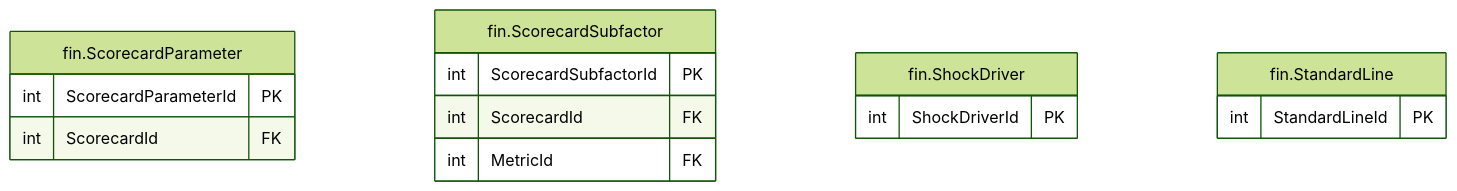
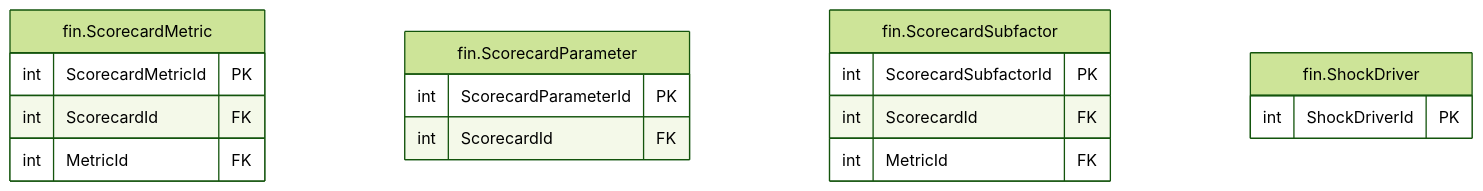
The diagram in treasury-platform/docs/diagrams/erd/m5_financials_11.mmd (thawrasy/smartlines), drawn with Mermaid (forest theme) before and after one commit. The commit also changed 194 other files, not shown here.

```diff
--- a/treasury-platform/docs/diagrams/erd/m5_financials_11.mmd
+++ b/treasury-platform/docs/diagrams/erd/m5_financials_11.mmd
@@ -1,17 +1,19 @@
 %% م5 · البيانات المالية والأرصدة (11/13) — Financial statements & balances
 erDiagram
+  fin_ScorecardMetric["fin.ScorecardMetric"] {
+    int ScorecardMetricId PK
+    int ScorecardId FK
+    int MetricId FK
+  }
   fin_ScorecardParameter["fin.ScorecardParameter"] {
     int ScorecardParameterId PK
     int ScorecardId FK
   }
   fin_ScorecardSubfactor["fin.ScorecardSubfactor"] {
     int ScorecardSubfactorId PK
     int ScorecardId FK
     int MetricId FK
   }
   fin_ShockDriver["fin.ShockDriver"] {
     int ShockDriverId PK
   }
-  fin_StandardLine["fin.StandardLine"] {
-    int StandardLineId PK
-  }
```
